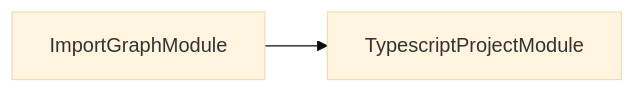
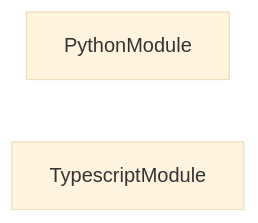
Before and after one commit to JimmyPaolini/codebase: the second of 3 diagrams in packages/codependix-imports/README.md, drawn with Mermaid (base theme). The commit also changed other lines of this file and 80 other files, not shown here.

Commit message:
refactor(codependix): ♻️ move python import graphs into codependix-imports

````diff
--- a/packages/codependix-imports/README.md
+++ b/packages/codependix-imports/README.md
@@ -27,6 +27,5 @@
 ```mermaid
 flowchart LR
-  ImportGraphModule
-  TypescriptProjectModule
-  ImportGraphModule --> TypescriptProjectModule
+  PythonModule
+  TypescriptModule
 ```
````
